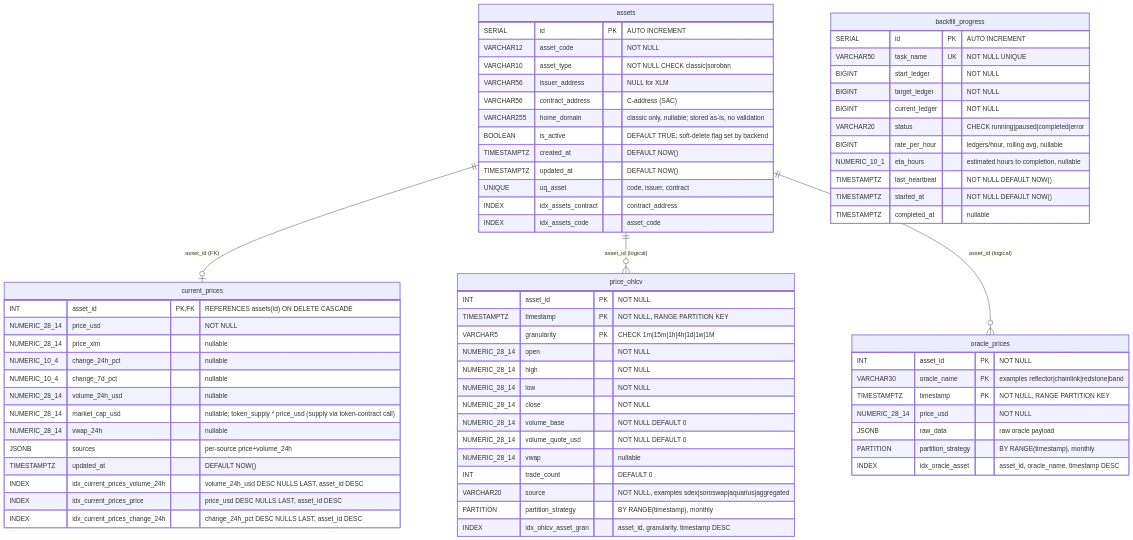
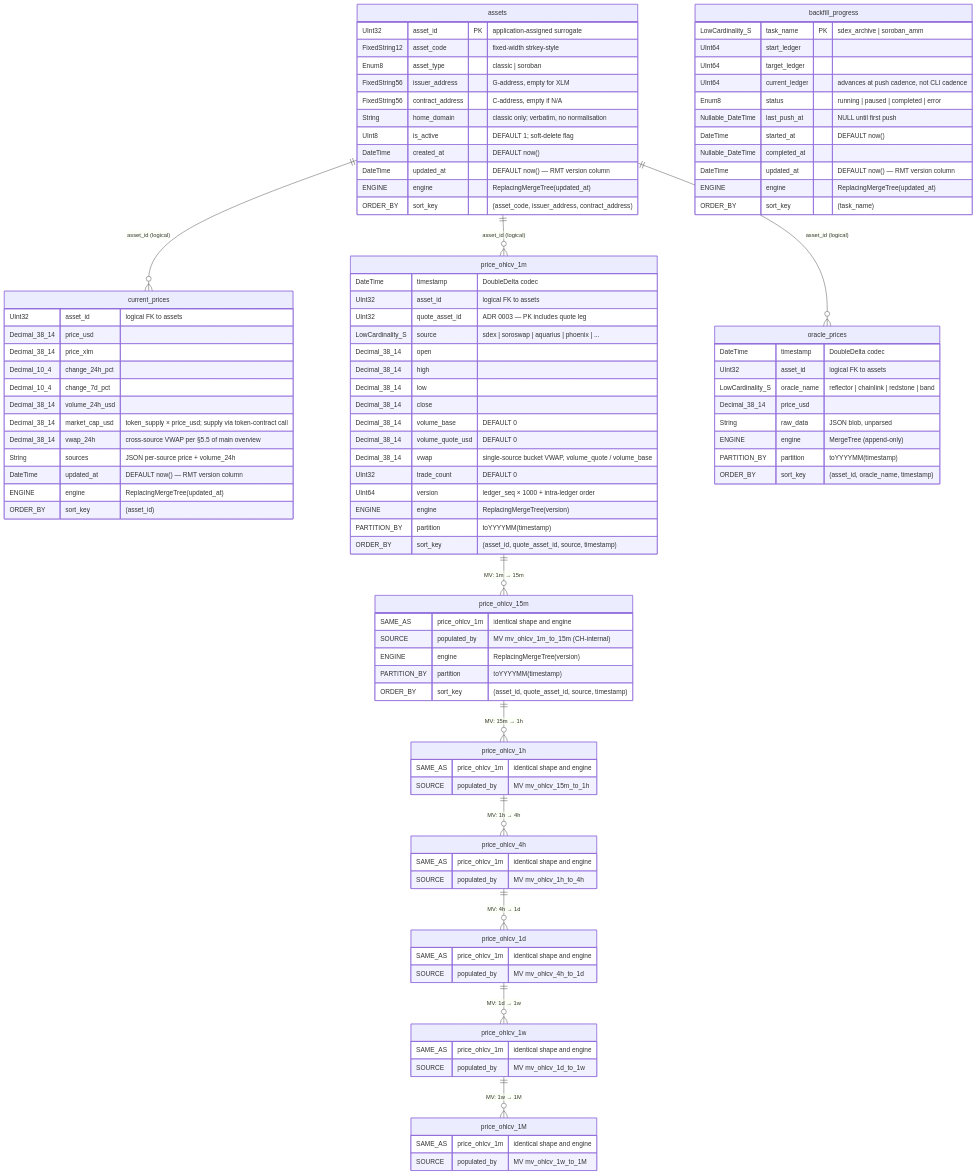
Before and after one commit to rumblefishdev/stellar-prices-api: diagram 12 of 13 in docs/database-schema/database-schema-overview.md, drawn with Mermaid. The commit also changed other lines of this file and 2 other files, not shown here.

First line of the commit message:
docs(lore-0049): rewrite database-schema/ for ADR 0007 (Hetzner CH)

````diff
--- a/docs/database-schema/database-schema-overview.md
+++ b/docs/database-schema/database-schema-overview.md
@@ -1261,78 +1520,118 @@
 ```mermaid
 erDiagram
-    assets ||--o| current_prices : "asset_id (FK)"
-    assets ||--o{ price_ohlcv    : "asset_id (logical)"
-    assets ||--o{ oracle_prices  : "asset_id (logical)"
+    assets ||--o{ current_prices  : "asset_id (logical)"
+    assets ||--o{ price_ohlcv_1m  : "asset_id (logical)"
+    assets ||--o{ oracle_prices   : "asset_id (logical)"
+    price_ohlcv_1m ||--o{ price_ohlcv_15m : "MV: 1m → 15m"
+    price_ohlcv_15m ||--o{ price_ohlcv_1h : "MV: 15m → 1h"
+    price_ohlcv_1h  ||--o{ price_ohlcv_4h : "MV: 1h → 4h"
+    price_ohlcv_4h  ||--o{ price_ohlcv_1d : "MV: 4h → 1d"
+    price_ohlcv_1d  ||--o{ price_ohlcv_1w : "MV: 1d → 1w"
+    price_ohlcv_1w  ||--o{ price_ohlcv_1M : "MV: 1w → 1M"
 
     assets {
-        SERIAL      id PK "AUTO INCREMENT"
-        VARCHAR12   asset_code "NOT NULL"
-        VARCHAR10   asset_type "NOT NULL CHECK classic|soroban"
-        VARCHAR56   issuer_address "NULL for XLM"
-        VARCHAR56   contract_address "C-address (SAC)"
-        VARCHAR255  home_domain "classic only, nullable; stored as-is, no validation"
-        BOOLEAN     is_active "DEFAULT TRUE; soft-delete flag set by backend"
-        TIMESTAMPTZ created_at "DEFAULT NOW()"
-        TIMESTAMPTZ updated_at "DEFAULT NOW()"
-        UNIQUE      uq_asset "code, issuer, contract"
-        INDEX       idx_assets_contract "contract_address"
-        INDEX       idx_assets_code "asset_code"
+        UInt32         asset_id PK "application-assigned surrogate"
+        FixedString12  asset_code "fixed-width strkey-style"
+        Enum8          asset_type "classic | soroban"
+        FixedString56  issuer_address "G-address, empty for XLM"
+        FixedString56  contract_address "C-address, empty if N/A"
+        String         home_domain "classic only; verbatim, no normalisation"
+        UInt8          is_active "DEFAULT 1; soft-delete flag"
+        DateTime       created_at "DEFAULT now()"
+        DateTime       updated_at "DEFAULT now() — RMT version column"
+        ENGINE         engine "ReplacingMergeTree(updated_at)"
+        ORDER_BY       sort_key "(asset_code, issuer_address, contract_address)"
     }
 
-    price_ohlcv {
-        INT           asset_id PK "NOT NULL"
-        TIMESTAMPTZ   timestamp PK "NOT NULL, RANGE PARTITION KEY"
-        VARCHAR5      granularity PK "CHECK 1m|15m|1h|4h|1d|1w|1M"
-        NUMERIC_28_14 open "NOT NULL"
-        NUMERIC_28_14 high "NOT NULL"
-        NUMERIC_28_14 low "NOT NULL"
-        NUMERIC_28_14 close "NOT NULL"
-        NUMERIC_28_14 volume_base "NOT NULL DEFAULT 0"
-        NUMERIC_28_14 volume_quote_usd "NOT NULL DEFAULT 0"
-        NUMERIC_28_14 vwap "nullable"
-        INT           trade_count "DEFAULT 0"
-        VARCHAR20     source "NOT NULL, examples sdex|soroswap|aquarius|aggregated"
-        PARTITION     partition_strategy "BY RANGE(timestamp), monthly"
-        INDEX         idx_ohlcv_asset_gran "asset_id, granularity, timestamp DESC"
+    price_ohlcv_1m {
+        DateTime           timestamp "DoubleDelta codec"
+        UInt32             asset_id "logical FK to assets"
+        UInt32             quote_asset_id "ADR 0003 — PK includes quote leg"
+        LowCardinality_S   source "sdex | soroswap | aquarius | phoenix | ..."
+        Decimal_38_14      open
+        Decimal_38_14      high
+        Decimal_38_14      low
+        Decimal_38_14      close
+        Decimal_38_14      volume_base "DEFAULT 0"
+        Decimal_38_14      volume_quote_usd "DEFAULT 0"
+        Decimal_38_14      vwap "single-source bucket VWAP, volume_quote / volume_base"
+        UInt32             trade_count "DEFAULT 0"
+        UInt64             version "ledger_seq × 1000 + intra-ledger order"
+        ENGINE             engine "ReplacingMergeTree(version)"
+        PARTITION_BY       partition "toYYYYMM(timestamp)"
+        ORDER_BY           sort_key "(asset_id, quote_asset_id, source, timestamp)"
+    }
+
+    price_ohlcv_15m {
+        SAME_AS price_ohlcv_1m "identical shape and engine"
+        SOURCE   populated_by "MV mv_ohlcv_1m_to_15m (CH-internal)"
+        ENGINE   engine "ReplacingMergeTree(version)"
+        PARTITION_BY partition "toYYYYMM(timestamp)"
+        ORDER_BY sort_key "(asset_id, quote_asset_id, source, timestamp)"
+    }
+
+    price_ohlcv_1h {
+        SAME_AS price_ohlcv_1m "identical shape and engine"
+        SOURCE   populated_by "MV mv_ohlcv_15m_to_1h"
+    }
+
+    price_ohlcv_4h {
+        SAME_AS price_ohlcv_1m "identical shape and engine"
+        SOURCE   populated_by "MV mv_ohlcv_1h_to_4h"
+    }
+
+    price_ohlcv_1d {
+        SAME_AS price_ohlcv_1m "identical shape and engine"
+        SOURCE   populated_by "MV mv_ohlcv_4h_to_1d"
+    }
+
+    price_ohlcv_1w {
+        SAME_AS price_ohlcv_1m "identical shape and engine"
+        SOURCE   populated_by "MV mv_ohlcv_1d_to_1w"
+    }
+
+    price_ohlcv_1M {
+        SAME_AS price_ohlcv_1m "identical shape and engine"
+        SOURCE   populated_by "MV mv_ohlcv_1w_to_1M"
     }
 
     current_prices {
-        INT           asset_id PK,FK "REFERENCES assets(id) ON DELETE CASCADE"
-        NUMERIC_28_14 price_usd "NOT NULL"
-        NUMERIC_28_14 price_xlm "nullable"
-        NUMERIC_10_4  change_24h_pct "nullable"
-        NUMERIC_10_4  change_7d_pct "nullable"
-        NUMERIC_28_14 volume_24h_usd "nullable"
-        NUMERIC_28_14 market_cap_usd "nullable; token_supply * price_usd (supply via token-contract call)"
-        NUMERIC_28_14 vwap_24h "nullable"
-        JSONB         sources "per-source price+volume_24h"
-        TIMESTAMPTZ   updated_at "DEFAULT NOW()"
-        INDEX         idx_current_prices_volume_24h "volume_24h_usd DESC NULLS LAST, asset_id DESC"
-        INDEX         idx_current_prices_price "price_usd DESC NULLS LAST, asset_id DESC"
-        INDEX         idx_current_prices_change_24h "change_24h_pct DESC NULLS LAST, asset_id DESC"
+        UInt32             asset_id "logical FK to assets"
+        Decimal_38_14      price_usd
+        Decimal_38_14      price_xlm
+        Decimal_10_4       change_24h_pct
+        Decimal_10_4       change_7d_pct
+        Decimal_38_14      volume_24h_usd
+        Decimal_38_14      market_cap_usd "token_supply × price_usd; supply via token-contract call"
+        Decimal_38_14      vwap_24h "cross-source VWAP per §5.5 of main overview"
+        String             sources "JSON per-source price + volume_24h"
+        DateTime           updated_at "DEFAULT now() — RMT version column"
+        ENGINE             engine "ReplacingMergeTree(updated_at)"
+        ORDER_BY           sort_key "(asset_id)"
     }
 
     oracle_prices {
-        INT           asset_id PK "NOT NULL"
-        VARCHAR30     oracle_name PK "examples reflector|chainlink|redstone|band"
-        TIMESTAMPTZ   timestamp PK "NOT NULL, RANGE PARTITION KEY"
-        NUMERIC_28_14 price_usd "NOT NULL"
-        JSONB         raw_data "raw oracle payload"
-        PARTITION     partition_strategy "BY RANGE(timestamp), monthly"
-        INDEX         idx_oracle_asset "asset_id, oracle_name, timestamp DESC"
+        DateTime           timestamp "DoubleDelta codec"
+        UInt32             asset_id "logical FK to assets"
+        LowCardinality_S   oracle_name "reflector | chainlink | redstone | band"
+        Decimal_38_14      price_usd
+        String             raw_data "JSON blob, unparsed"
+        ENGINE             engine "MergeTree (append-only)"
+        PARTITION_BY       partition "toYYYYMM(timestamp)"
+        ORDER_BY           sort_key "(asset_id, oracle_name, timestamp)"
     }
 
     backfill_progress {
-        SERIAL       id PK "AUTO INCREMENT"
-        VARCHAR50    task_name UK "NOT NULL UNIQUE"
-        BIGINT       start_ledger "NOT NULL"
-        BIGINT       target_ledger "NOT NULL"
-        BIGINT       current_ledger "NOT NULL"
-        VARCHAR20    status "CHECK running|paused|completed|error"
-        BIGINT       rate_per_hour "ledgers/hour, rolling avg, nullable"
-        NUMERIC_10_1 eta_hours "estimated hours to completion, nullable"
-        TIMESTAMPTZ  last_heartbeat "NOT NULL DEFAULT NOW()"
-        TIMESTAMPTZ  started_at "NOT NULL DEFAULT NOW()"
-        TIMESTAMPTZ  completed_at "nullable"
+        LowCardinality_S   task_name PK "sdex_archive | soroban_amm"
+        UInt64             start_ledger
+        UInt64             target_ledger
+        UInt64             current_ledger "advances at push cadence, not CLI cadence"
+        Enum8              status "running | paused | completed | error"
+        Nullable_DateTime  last_push_at "NULL until first push"
+        DateTime           started_at "DEFAULT now()"
+        Nullable_DateTime  completed_at
+        DateTime           updated_at "DEFAULT now() — RMT version column"
+        ENGINE             engine "ReplacingMergeTree(updated_at)"
+        ORDER_BY           sort_key "(task_name)"
     }
 ```
````
